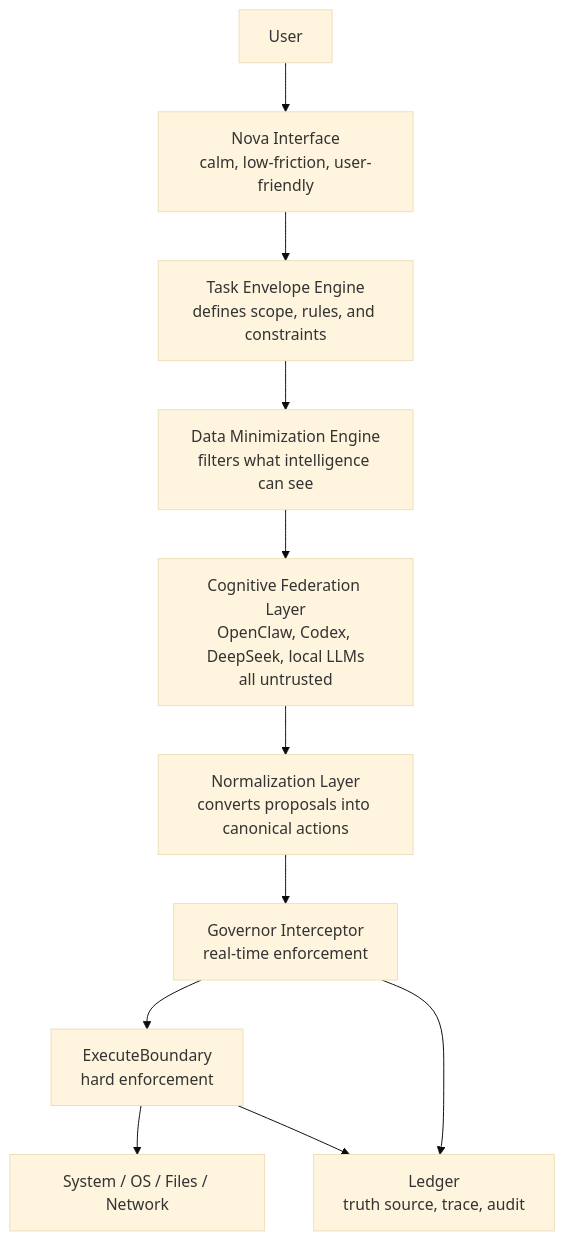
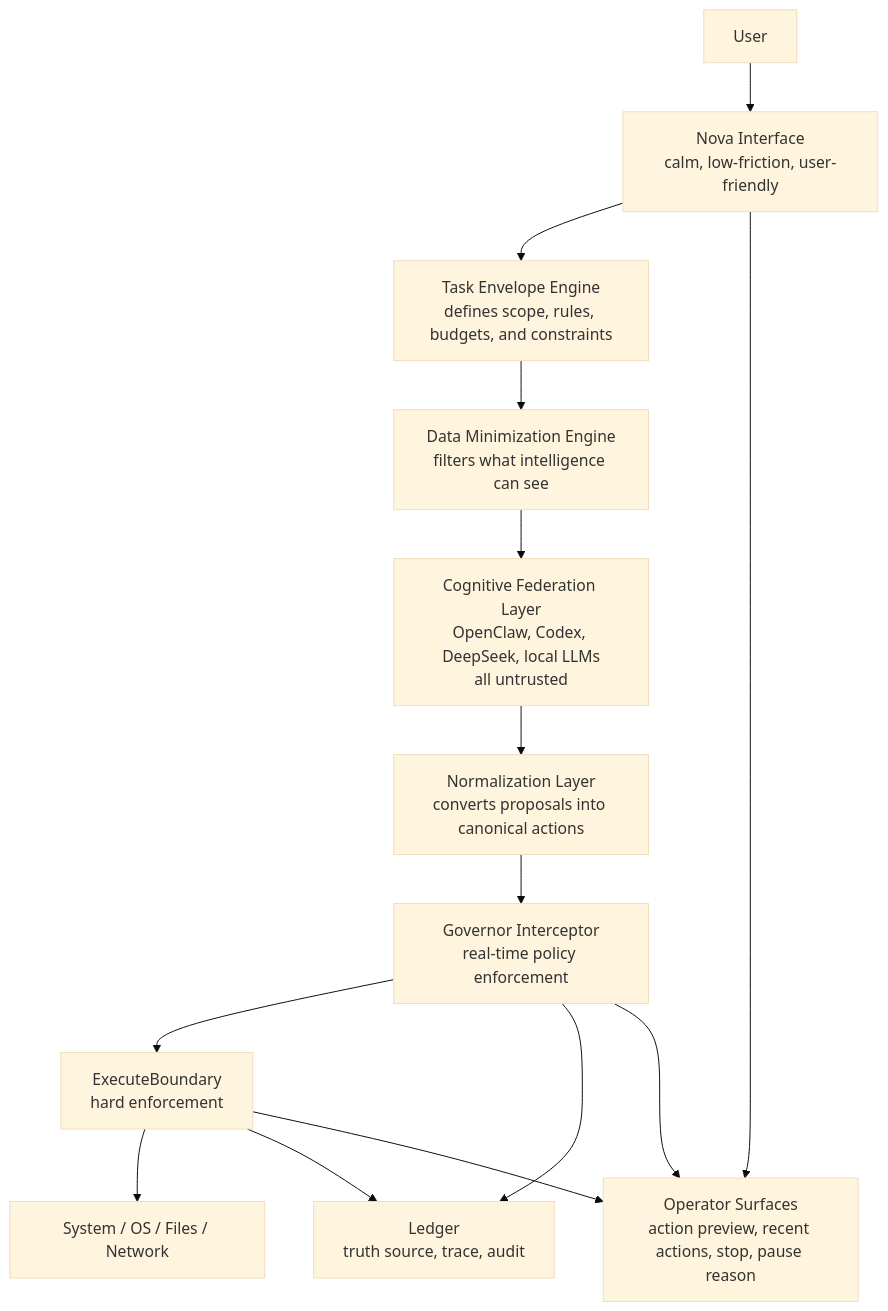
The diagram in docs/design/Phase 8/PHASE_8_OPENCLAW_CANONICAL_GOVERNED_AUTOMATION_SPEC_2026-03-25.md (christopherbdaugherty96/NovaLIS), drawn with Mermaid (base theme) before and after one commit. The commit also changed other lines of this file and 4 other files, not shown here.

````diff
--- a/docs/design/Phase 8/PHASE_8_OPENCLAW_CANONICAL_GOVERNED_AUTOMATION_SPEC_2026-03-25.md
+++ b/docs/design/Phase 8/PHASE_8_OPENCLAW_CANONICAL_GOVERNED_AUTOMATION_SPEC_2026-03-25.md
@@ -66,13 +74,16 @@
 ```mermaid
 flowchart TD
     U["User"] --> UI["Nova Interface\ncalm, low-friction, user-friendly"]
-    UI --> TE["Task Envelope Engine\ndefines scope, rules, and constraints"]
+    UI --> TE["Task Envelope Engine\ndefines scope, rules, budgets, and constraints"]
     TE --> DM["Data Minimization Engine\nfilters what intelligence can see"]
     DM --> CF["Cognitive Federation Layer\nOpenClaw, Codex, DeepSeek, local LLMs\nall untrusted"]
     CF --> NL["Normalization Layer\nconverts proposals into canonical actions"]
-    NL --> GI["Governor Interceptor\nreal-time enforcement"]
+    NL --> GI["Governor Interceptor\nreal-time policy enforcement"]
     GI --> EB["ExecuteBoundary\nhard enforcement"]
     EB --> SYS["System / OS / Files / Network"]
     GI --> L["Ledger\ntruth source, trace, audit"]
     EB --> L
+    UI --> OPS["Operator Surfaces\naction preview, recent actions, stop, pause reason"]
+    GI --> OPS
+    EB --> OPS
 ```
````
